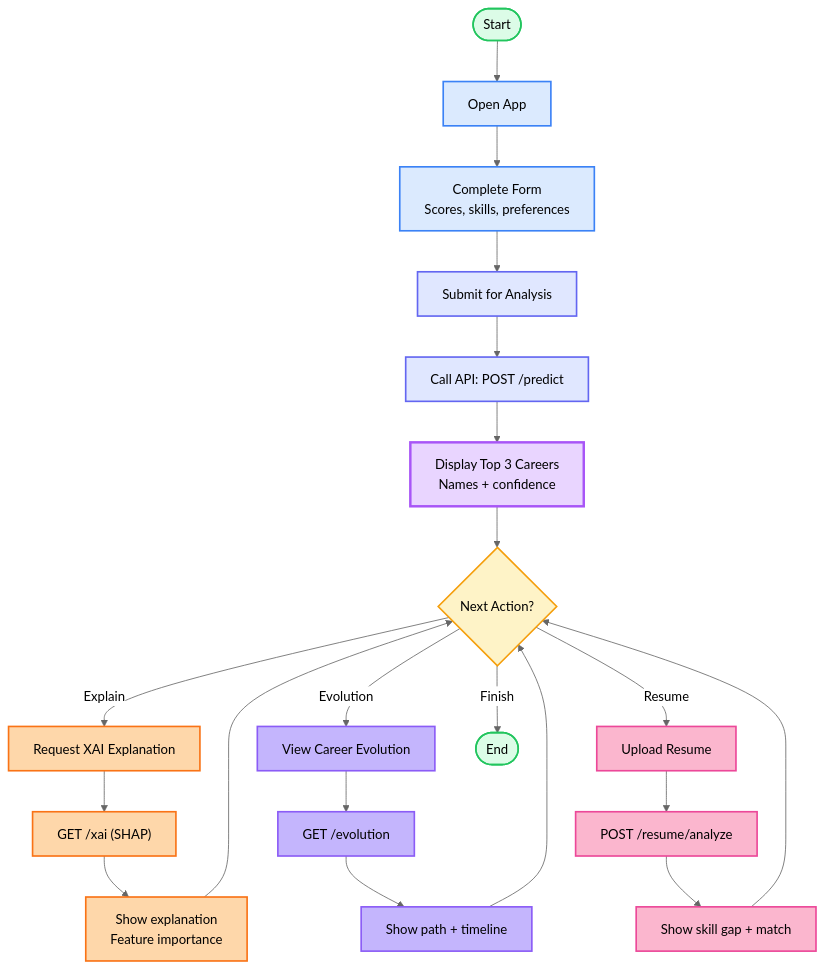
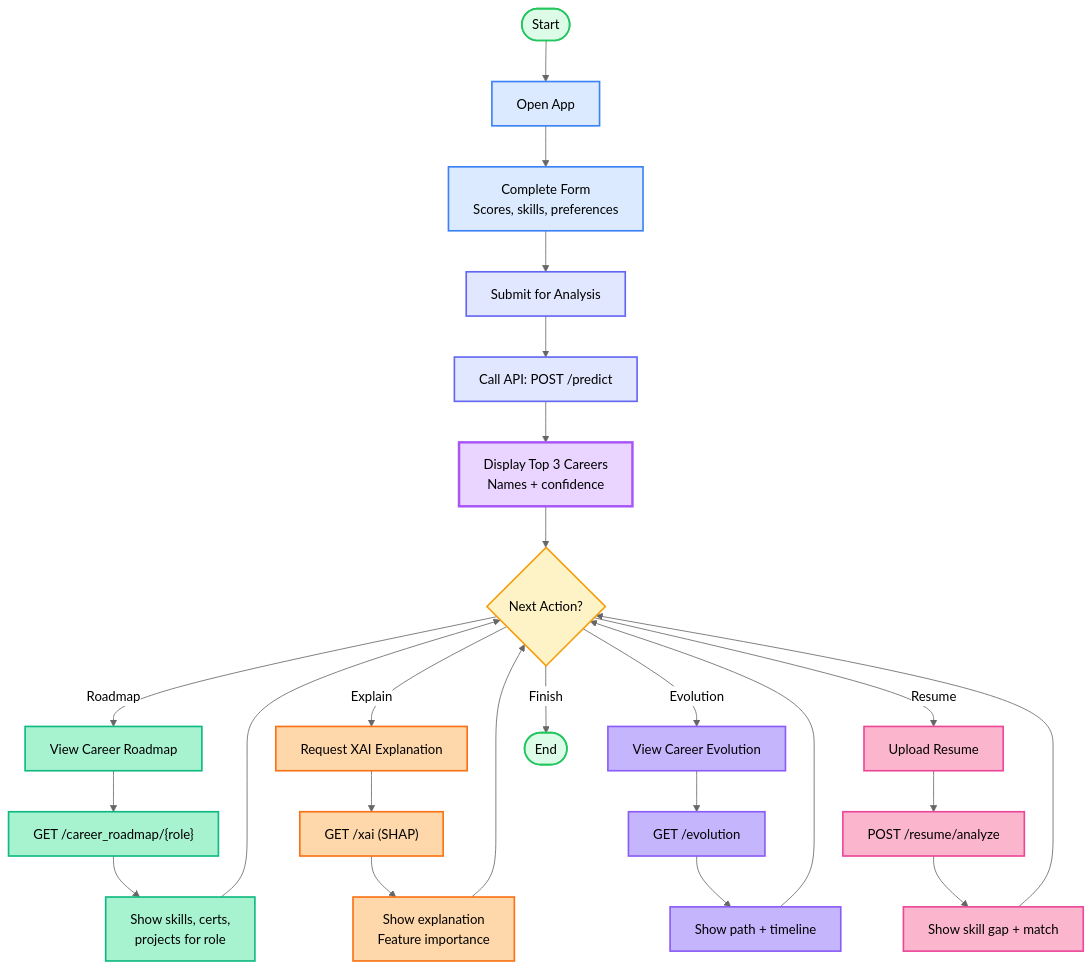
Before and after one commit to rafainamdar04/BrightPathCareerRecommendation: the tenth of 13 diagrams in docs/FIGURES.md, drawn with Mermaid (neutral theme). The commit also changed other lines of this file and 5 other files, not shown here.

Commit message:
Integrate roadmap generation into diagrams: Add roadmap step to prediction flow, new user interaction branch, roadmap endpoints in API architecture, and new dedicated roadmap generation technical diagram (13)

````diff
--- a/docs/FIGURES.md
+++ b/docs/FIGURES.md
@@ -400,49 +403,57 @@
 ```mermaid
 flowchart TD
-    %% User Interaction - Activity Diagram (Balanced)
+    %% User Interaction - Activity Diagram with Roadmap
     
     Start([Start]) --> Landing[Open App]
     Landing --> Form[Complete Form<br/>Scores, skills, preferences]
     Form --> Submit[Submit for Analysis]
     Submit --> Predict["Call API: POST /predict"]
     Predict --> Results[Display Top 3 Careers<br/>Names + confidence]
     
     Results --> Choice{Next Action?}
+    
+    Choice -->|Roadmap| Road[View Career Roadmap]
+    Road --> RoadCompute["GET /career_roadmap/{role}"]
+    RoadCompute --> RoadShow[Show skills, certs,<br/>projects for role]
     
     Choice -->|Explain| XAI[Request XAI Explanation]
     XAI --> XAICompute["GET /xai (SHAP)"]
     XAICompute --> XAIShow[Show explanation<br/>Feature importance]
     
     Choice -->|Evolution| Evo[View Career Evolution]
     Evo --> EvoCompute["GET /evolution"]
     EvoCompute --> EvoShow[Show path + timeline]
     
     Choice -->|Resume| Resume[Upload Resume]
     Resume --> ResumeCompute["POST /resume/analyze"]
     ResumeCompute --> ResumeShow[Show skill gap + match]
     
+    RoadShow --> Choice
     XAIShow --> Choice
     EvoShow --> Choice
     ResumeShow --> Choice
     
     Choice -->|Finish| End([End])
     
     %% Styling
     style Start fill:#dcfce7,stroke:#22c55e,stroke-width:2px
     style End fill:#dcfce7,stroke:#22c55e,stroke-width:2px
     style Landing fill:#dbeafe,stroke:#3b82f6,stroke-width:2px
     style Form fill:#dbeafe,stroke:#3b82f6,stroke-width:2px
     style Submit fill:#e0e7ff,stroke:#6366f1,stroke-width:2px
     style Predict fill:#e0e7ff,stroke:#6366f1,stroke-width:2px
     style Results fill:#e9d5ff,stroke:#a855f7,stroke-width:3px
     style Choice fill:#fef3c7,stroke:#f59e0b,stroke-width:2px
+    style Road fill:#a7f3d0,stroke:#10b981,stroke-width:2px
+    style RoadCompute fill:#a7f3d0,stroke:#10b981,stroke-width:2px
+    style RoadShow fill:#a7f3d0,stroke:#10b981,stroke-width:2px
     style XAI fill:#fed7aa,stroke:#f97316,stroke-width:2px
     style XAICompute fill:#fed7aa,stroke:#f97316,stroke-width:2px
     style XAIShow fill:#fed7aa,stroke:#f97316,stroke-width:2px
     style Evo fill:#c4b5fd,stroke:#8b5cf6,stroke-width:2px
     style EvoCompute fill:#c4b5fd,stroke:#8b5cf6,stroke-width:2px
     style EvoShow fill:#c4b5fd,stroke:#8b5cf6,stroke-width:2px
     style Resume fill:#fbb6ce,stroke:#ec4899,stroke-width:2px
     style ResumeCompute fill:#fbb6ce,stroke:#ec4899,stroke-width:2px
     style ResumeShow fill:#fbb6ce,stroke:#ec4899,stroke-width:2px
 ```
````
